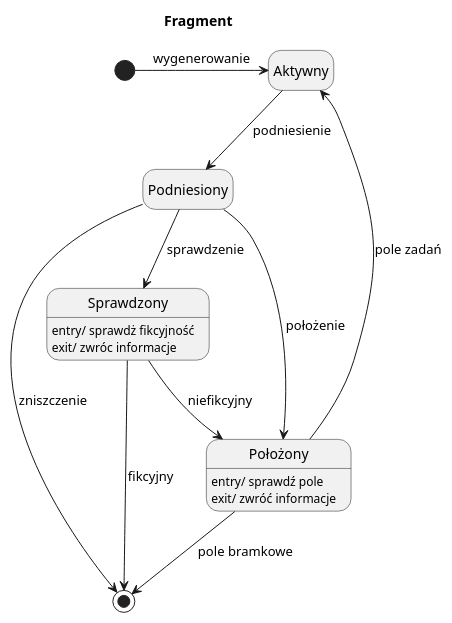
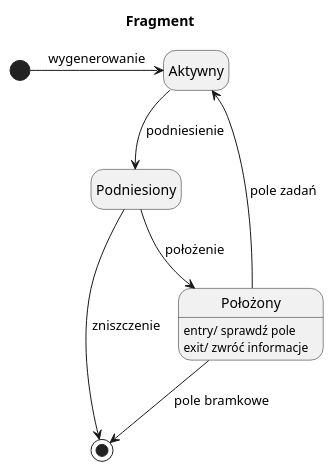
Before and after one commit to MINI-IO/IO-project-game: the diagram in UML/StateDiagram/Piece.puml, drawn with PlantUML. The commit also changed 1 other file, not shown here.

Commit message:
Change goal and piece setate diagrams

```diff
--- a/UML/StateDiagram/Piece.puml
+++ b/UML/StateDiagram/Piece.puml
@@ -1,22 +1,17 @@
 @startuml
 skinparam shadowing false
 skinparam monochrome true
 hide empty description
 title Fragment
 [*] -> Aktywny : wygenerowanie
 Aktywny --> Podniesiony : podniesienie
 
 Podniesiony --> Położony : położenie
-Podniesiony --> Sprawdzony : sprawdzenie
 Podniesiony --> [*] : zniszczenie
 
-Sprawdzony --> Położony : niefikcyjny
-Sprawdzony --> [*] : fikcyjny
-Sprawdzony : entry/ sprawdż fikcyjność
-Sprawdzony : exit/ zwróc informacje
 
 Położony --> [*] : pole bramkowe
 Położony --> Aktywny : pole zadań
 Położony : entry/ sprawdź pole
 Położony : exit/ zwróć informacje
 @enduml
```
